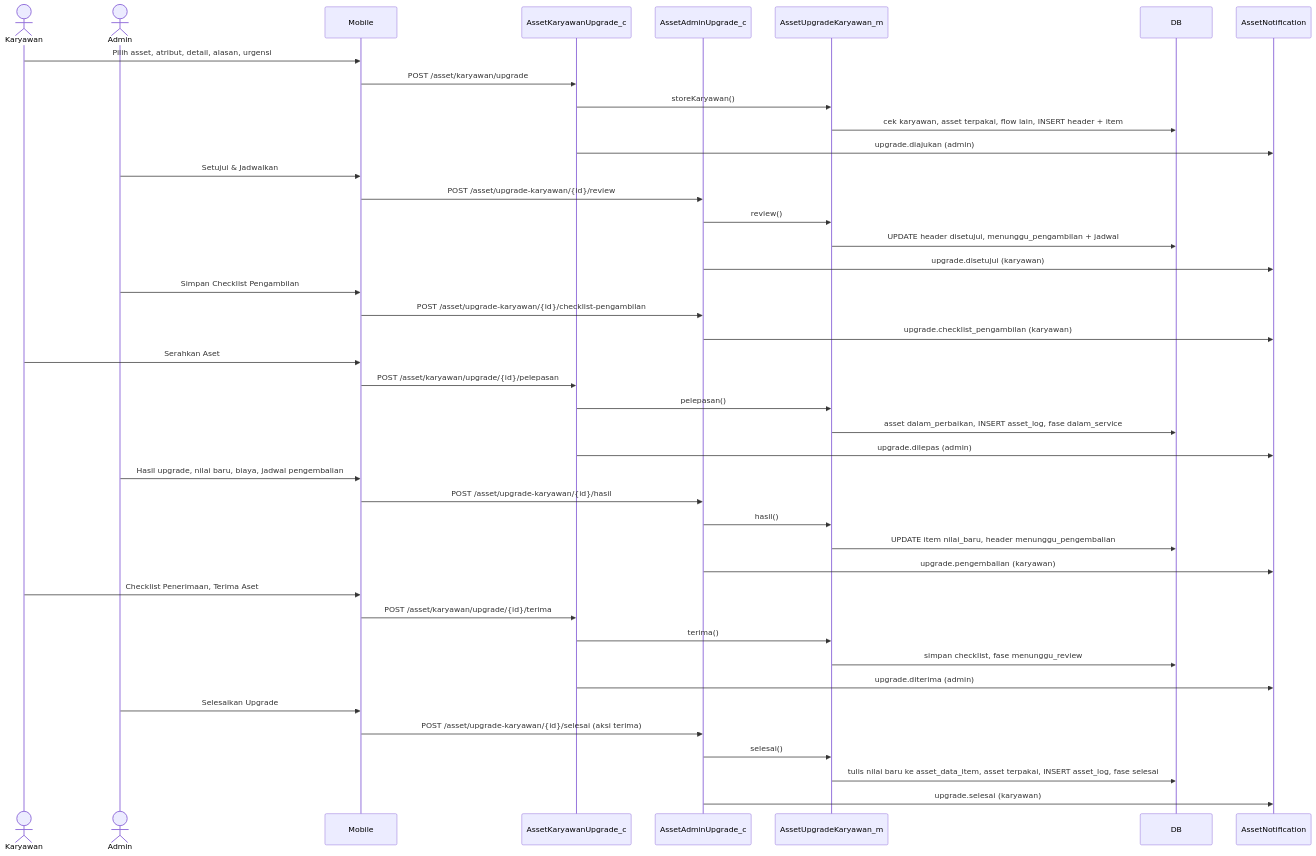
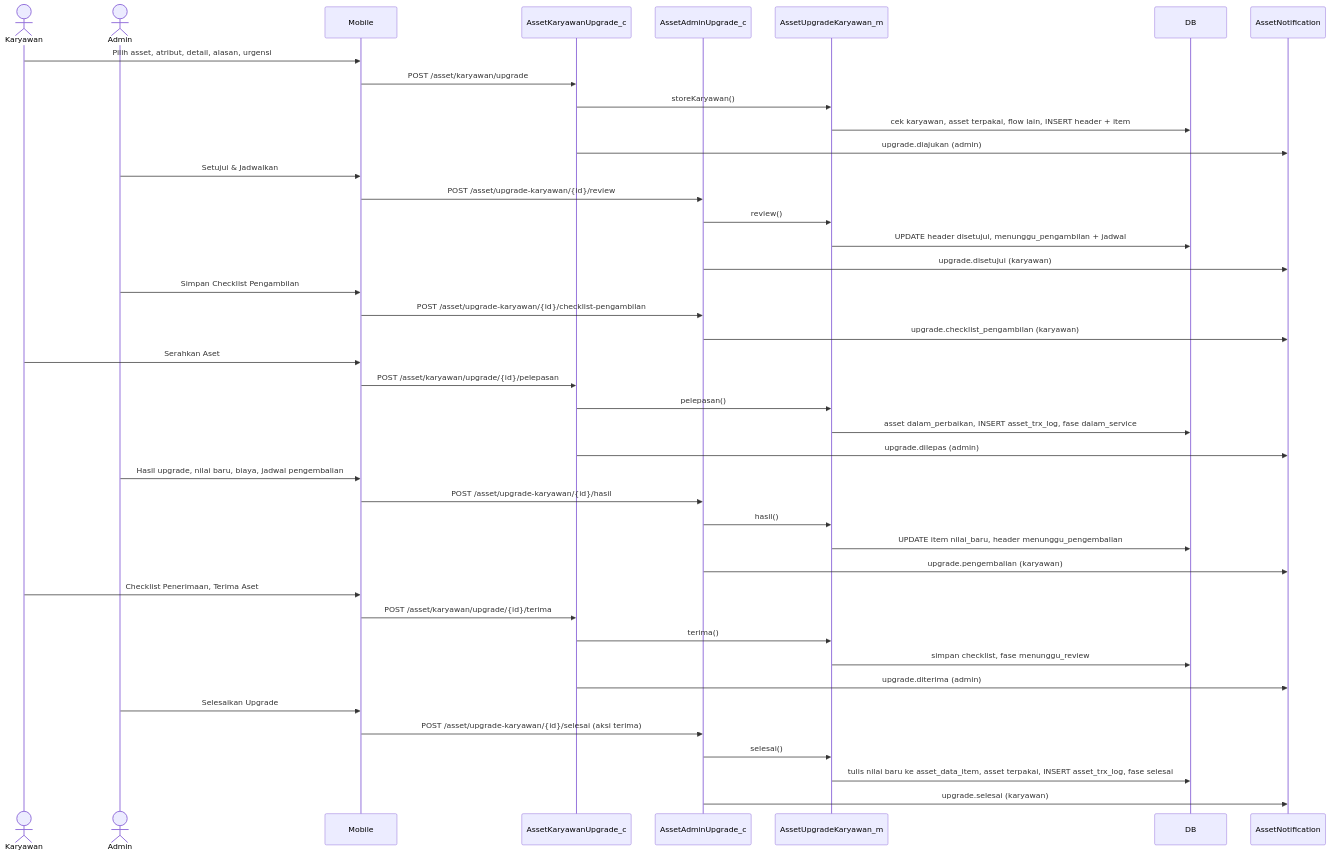
The second of 4 diagrams in dokumentasi-asset-upgrade-karyawan.md (setiyawan12/DOKUMENTASI-ASSET), drawn with Mermaid before and after one commit. The commit also changed other lines of this file and 34 other files, not shown here.

````diff
--- a/dokumentasi-asset-upgrade-karyawan.md
+++ b/dokumentasi-asset-upgrade-karyawan.md
@@ -256,45 +256,45 @@
 ```mermaid
 sequenceDiagram
     actor K as Karyawan
     actor A as Admin
     participant M as Mobile
     participant CK as AssetKaryawanUpgrade_c
     participant CA as AssetAdminUpgrade_c
     participant U as AssetUpgradeKaryawan_m
     participant DB
     participant N as AssetNotification
 
     K->>M: Pilih asset, atribut, detail, alasan, urgensi
     M->>CK: POST /asset/karyawan/upgrade
     CK->>U: storeKaryawan()
     U->>DB: cek karyawan, asset terpakai, flow lain, INSERT header + item
     CK->>N: upgrade.diajukan (admin)
     A->>M: Setujui & Jadwalkan
     M->>CA: POST /asset/upgrade-karyawan/{id}/review
     CA->>U: review()
     U->>DB: UPDATE header disetujui, menunggu_pengambilan + jadwal
     CA->>N: upgrade.disetujui (karyawan)
     A->>M: Simpan Checklist Pengambilan
     M->>CA: POST /asset/upgrade-karyawan/{id}/checklist-pengambilan
     CA->>N: upgrade.checklist_pengambilan (karyawan)
     K->>M: Serahkan Aset
     M->>CK: POST /asset/karyawan/upgrade/{id}/pelepasan
     CK->>U: pelepasan()
-    U->>DB: asset dalam_perbaikan, INSERT asset_log, fase dalam_service
+    U->>DB: asset dalam_perbaikan, INSERT asset_trx_log, fase dalam_service
     CK->>N: upgrade.dilepas (admin)
     A->>M: Hasil upgrade, nilai baru, biaya, jadwal pengembalian
     M->>CA: POST /asset/upgrade-karyawan/{id}/hasil
     CA->>U: hasil()
     U->>DB: UPDATE item nilai_baru, header menunggu_pengembalian
     CA->>N: upgrade.pengembalian (karyawan)
     K->>M: Checklist Penerimaan, Terima Aset
     M->>CK: POST /asset/karyawan/upgrade/{id}/terima
     CK->>U: terima()
     U->>DB: simpan checklist, fase menunggu_review
     CK->>N: upgrade.diterima (admin)
     A->>M: Selesaikan Upgrade
     M->>CA: POST /asset/upgrade-karyawan/{id}/selesai (aksi terima)
     CA->>U: selesai()
-    U->>DB: tulis nilai baru ke asset_data_item, asset terpakai, INSERT asset_log, fase selesai
+    U->>DB: tulis nilai baru ke asset_data_item, asset terpakai, INSERT asset_trx_log, fase selesai
     CA->>N: upgrade.selesai (karyawan)
 ```
````
